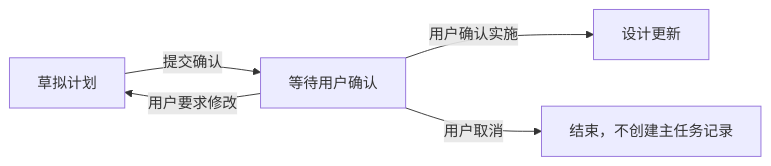
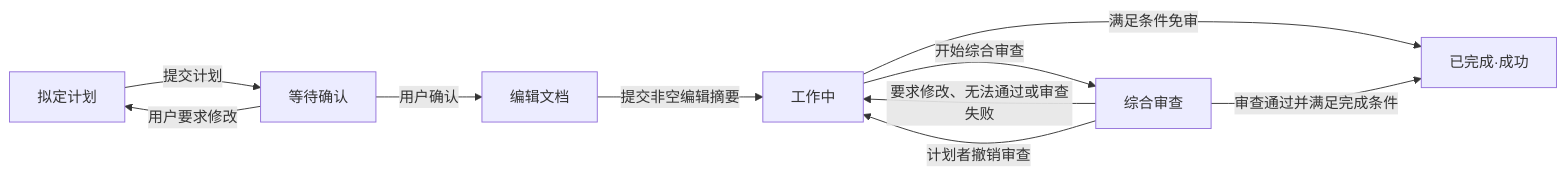
One commit to ZR233/pure-lang changed the first of 3 diagrams in design/16-task-orchestration.md. Above: the diagram before and after it, drawn with Mermaid. The commit also changed other lines of this file, not shown here.

````diff
--- a/design/16-task-orchestration.md
+++ b/design/16-task-orchestration.md
@@ -58,7 +59,12 @@
 ```mermaid
 flowchart LR
-    A[草拟计划] -->|提交确认| B[等待用户确认]
-    B -->|用户要求修改| A
-    B -->|用户确认实施| C[设计更新]
-    B -->|用户取消| D[结束，不创建主任务记录]
+    P[拟定计划] -->|提交计划| C[等待确认]
+    C -->|用户要求修改| P
+    C -->|用户确认| D[编辑文档]
+    D -->|提交非空编辑摘要| W[工作中]
+    W -->|开始综合审查| R[综合审查]
+    R -->|要求修改、无法通过或审查失败| W
+    R -->|计划者撤销审查| W
+    W -->|满足条件免审| S[已完成·成功]
+    R -->|审查通过并满足完成条件| S
 ```
````
